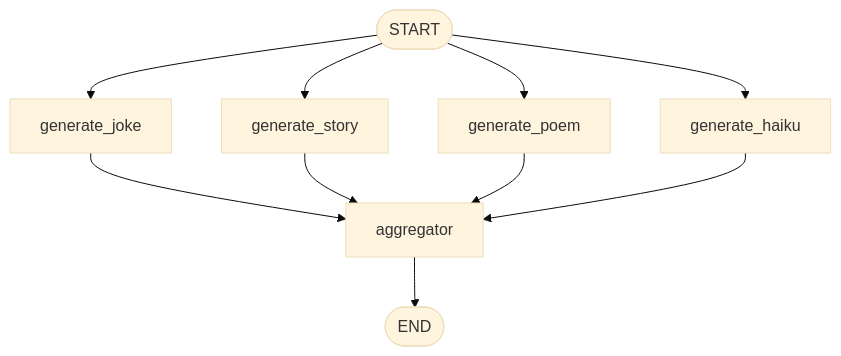
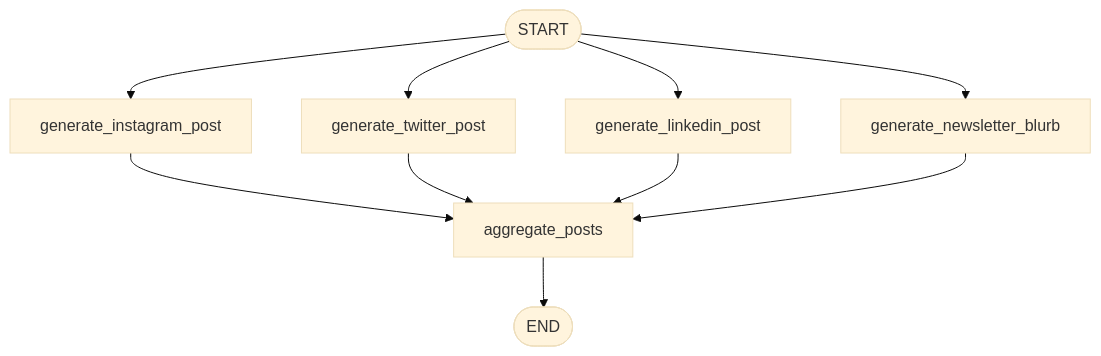
Before and after one commit to Walid-Ahmed/langgraph-tutorials: diagram 14 of 21 in Exercise-Solutions/README.md, drawn with Mermaid (base theme). The commit also changed other lines of this file and 20 other files, not shown here.

````diff
--- a/Exercise-Solutions/README.md
+++ b/Exercise-Solutions/README.md
@@ -199,12 +199,12 @@
 ```mermaid
 flowchart TD
-    START([START]) --> JOKE["generate_joke"]
-    START --> STORY["generate_story"]
-    START --> POEM["generate_poem"]
-    START --> HAIKU["generate_haiku"]
-    JOKE --> AGG["aggregator"]
-    STORY --> AGG
-    POEM --> AGG
-    HAIKU --> AGG
+    START([START]) --> IG["generate_instagram_post"]
+    START --> TW["generate_twitter_post"]
+    START --> LI["generate_linkedin_post"]
+    START --> NL["generate_newsletter_blurb"]
+    IG --> AGG["aggregate_posts"]
+    TW --> AGG
+    LI --> AGG
+    NL --> AGG
     AGG --> END([END])
 ```
````
